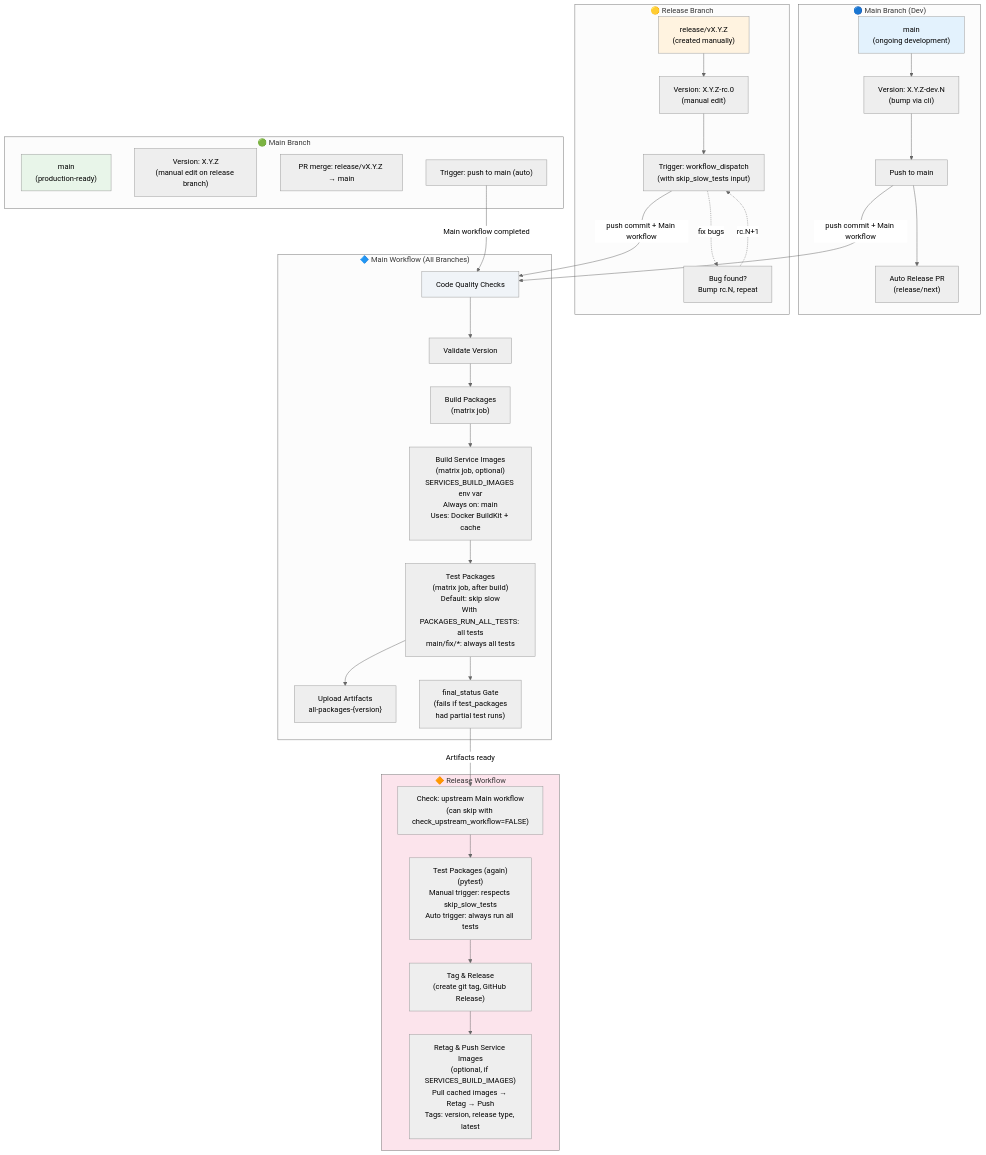
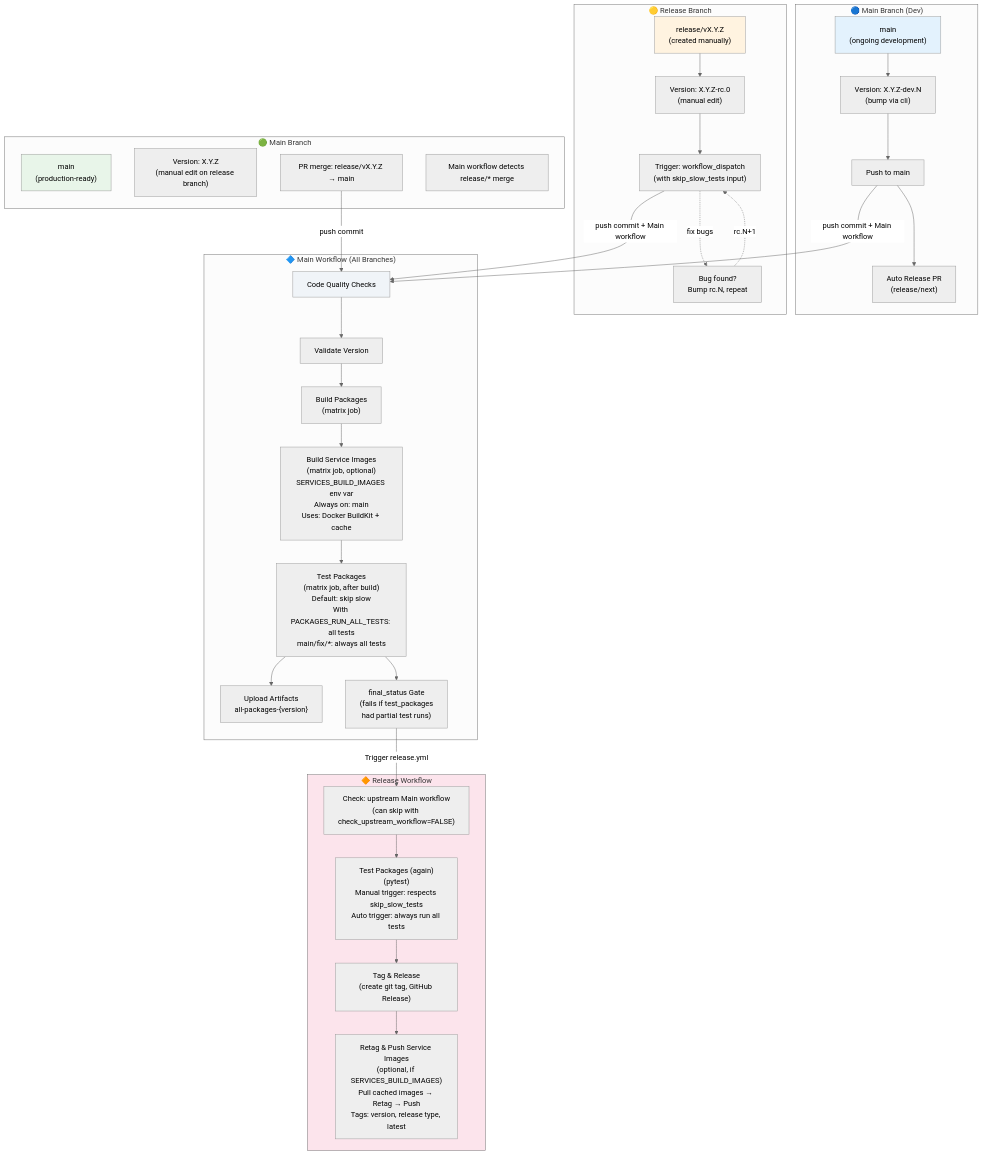
One commit to abhi8893/genai-shopping-assistant changed the diagram in RELEASING.md. Above: the diagram before and after it, drawn with Mermaid (neutral theme). The commit also changed other lines of this file and 4 other files, not shown here.

Commit message:
fix: release process (auto trigger, changelog generation) (#309)

````diff
--- a/RELEASING.md
+++ b/RELEASING.md
@@ -735,61 +737,61 @@
 ```mermaid
 graph TD
     subgraph main_dev["🔵 Main Branch (Dev)"]
         D1["main<br/>(ongoing development)"]
         D2["Version: X.Y.Z-dev.N<br/>(bump via cli)"]
         D3["Push to main"]
         D4["Auto Release PR<br/>(release/next)"]
         D1 --> D2 --> D3 --> D4
     end
 
     subgraph release["🟡 Release Branch"]
         R1["release/vX.Y.Z<br/>(created manually)"]
         R2["Version: X.Y.Z-rc.0<br/>(manual edit)"]
         R3["Trigger: workflow_dispatch<br/>(with skip_slow_tests input)"]
         R4["Bug found?<br/>Bump rc.N, repeat"]
         R1 --> R2 --> R3
         R3 -.->|fix bugs| R4
         R4 -.->|rc.N+1| R3
     end
 
     subgraph main_workflow["🔷 Main Workflow (All Branches)"]
         MW1["Code Quality Checks"]
         MW2["Validate Version"]
         MW3["Build Packages<br/>(matrix job)"]
         MW3b["Build Service Images<br/>(matrix job, optional)<br/>SERVICES_BUILD_IMAGES env var<br/>Always on: main<br/>Uses: Docker BuildKit + cache"]
         MW4["Test Packages<br/>(matrix job, after build)<br/>Default: skip slow<br/>With PACKAGES_RUN_ALL_TESTS: all tests<br/>main/fix/*: always all tests"]
         MW5["Upload Artifacts<br/>all-packages-{version}"]
         MW6["final_status Gate<br/>(fails if test_packages<br/>had partial test runs)"]
         MW1 --> MW2 --> MW3
         MW3 --> MW3b
         MW3b --> MW4 --> MW5
         MW4 --> MW6
     end
 
     subgraph main["🟢 Main Branch"]
         M1["main<br/>(production-ready)"]
         M2["Version: X.Y.Z<br/>(manual edit on release branch)"]
         M3["PR merge: release/vX.Y.Z → main"]
-        M4["Trigger: push to main (auto)"]
+        M4["Main workflow detects release/* merge"]
     end
 
     subgraph release_workflow["🔶 Release Workflow"]
         R5["Check: upstream Main workflow<br/>(can skip with check_upstream_workflow=FALSE)"]
         R6["Test Packages (again)<br/>(pytest)<br/>Manual trigger: respects skip_slow_tests<br/>Auto trigger: always run all tests"]
         R7["Tag & Release<br/>(create git tag, GitHub Release)"]
         R7b["Retag & Push Service Images<br/>(optional, if SERVICES_BUILD_IMAGES)<br/>Pull cached images → Retag → Push<br/>Tags: version, release type, latest"]
         R5 --> R6 --> R7
         R7 --> R7b
     end
 
     D3 -->|push commit + Main workflow| MW1
     R3 -->|push commit + Main workflow| MW1
-    M4 -->|Main workflow completed| MW1
-    MW6 -->|Artifacts ready| R5
+    M3 -->|push commit| MW1
+    MW6 -->|Trigger release.yml| R5
 
     style D1 fill:#e3f2fd
     style R1 fill:#fff3e0
     style M1 fill:#e8f5e9
     style MW1 fill:#f0f4f8
     style release_workflow fill:#fce4ec
 ```
````
